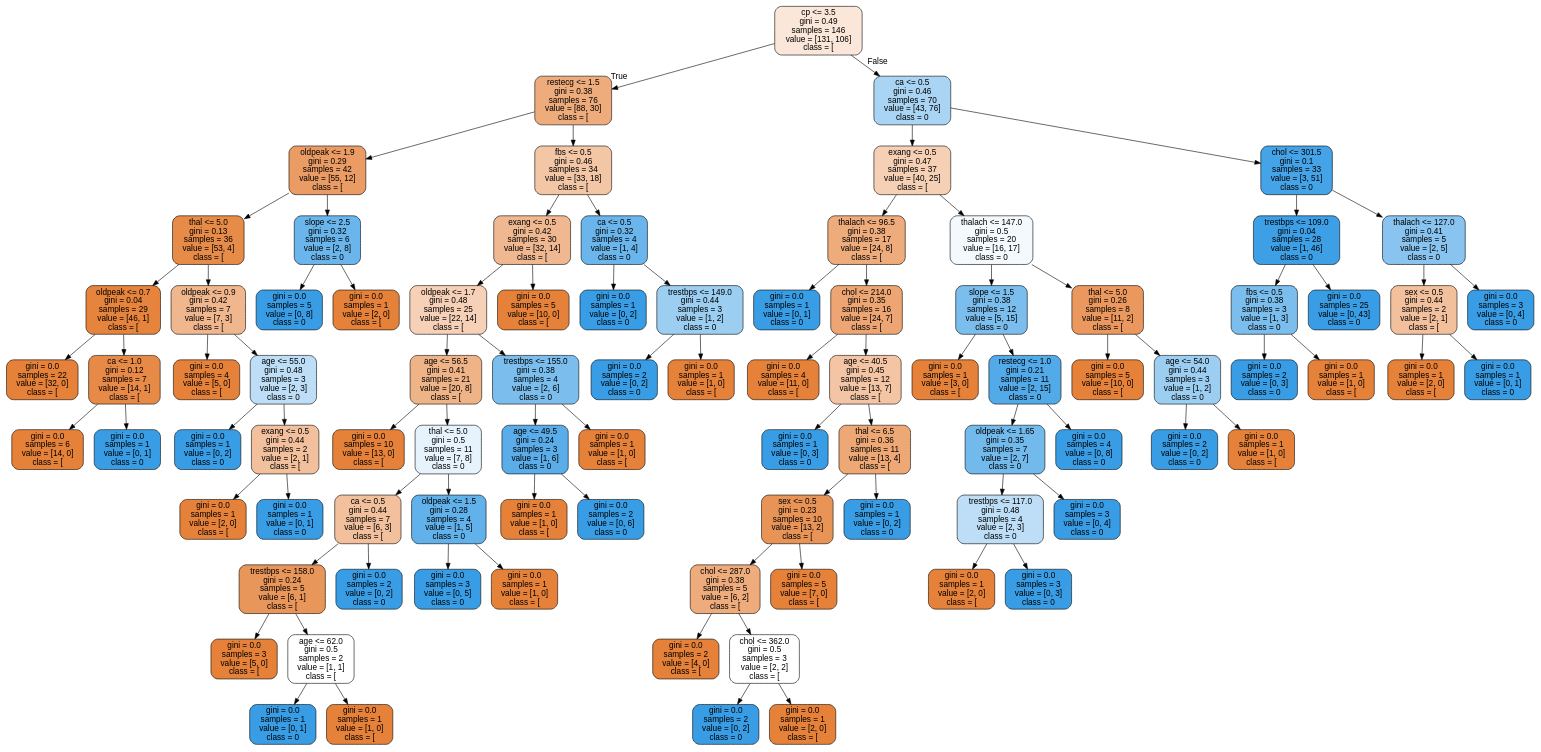
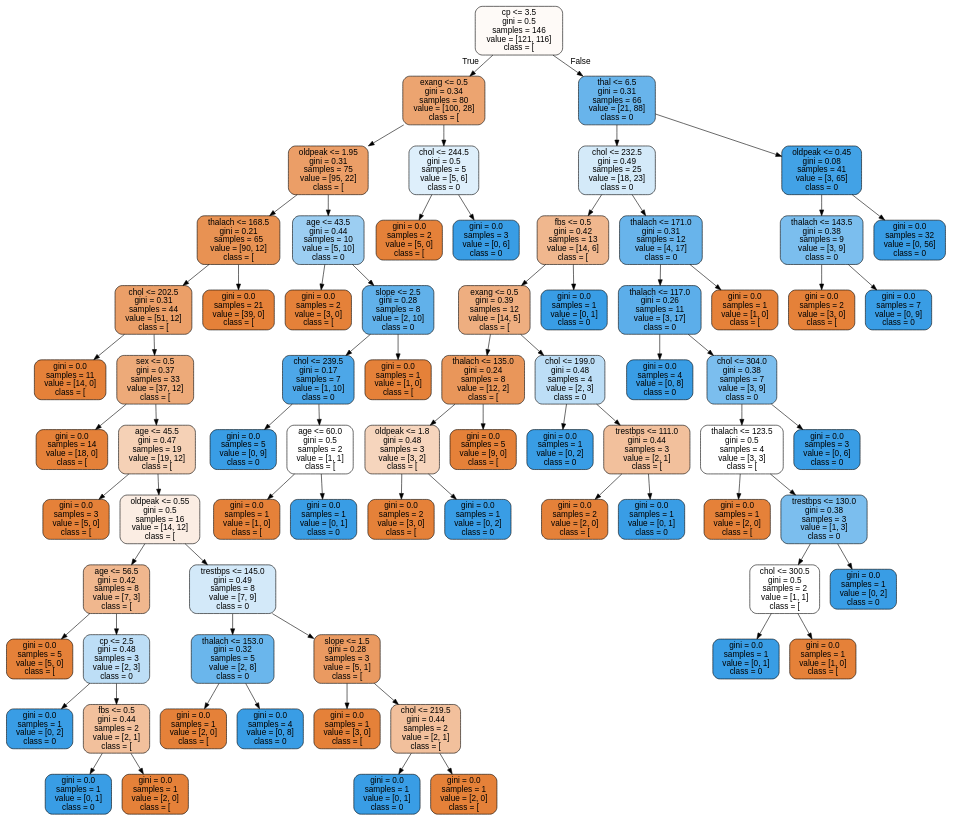
One commit to yunweiliang/cse163-final-project changed the diagram in tree.dot. Above: the diagram before and after it, drawn with Graphviz. The commit also changed 5 other files, not shown here.

```diff
--- a/tree.dot
+++ b/tree.dot
@@ -1,181 +1,149 @@
 digraph Tree {
 node [shape=box, style="filled, rounded", color="black", fontname=helvetica] ;
 edge [fontname=helvetica] ;
-0 [label="cp <= 3.5\ngini = 0.49\nsamples = 146\nvalue = [131, 106]\nclass = [", fillcolor="#fae7d9"] ;
-1 [label="restecg <= 1.5\ngini = 0.38\nsamples = 76\nvalue = [88, 30]\nclass = [", fillcolor="#eeac7c"] ;
+0 [label="cp <= 3.5\ngini = 0.5\nsamples = 146\nvalue = [121, 116]\nclass = [", fillcolor="#fefaf7"] ;
+1 [label="exang <= 0.5\ngini = 0.34\nsamples = 80\nvalue = [100, 28]\nclass = [", fillcolor="#eca470"] ;
 0 -> 1 [labeldistance=2.5, labelangle=45, headlabel="True"] ;
-2 [label="oldpeak <= 1.9\ngini = 0.29\nsamples = 42\nvalue = [55, 12]\nclass = [", fillcolor="#eb9c64"] ;
+2 [label="oldpeak <= 1.95\ngini = 0.31\nsamples = 75\nvalue = [95, 22]\nclass = [", fillcolor="#eb9e67"] ;
 1 -> 2 ;
-3 [label="thal <= 5.0\ngini = 0.13\nsamples = 36\nvalue = [53, 4]\nclass = [", fillcolor="#e78b48"] ;
+3 [label="thalach <= 168.5\ngini = 0.21\nsamples = 65\nvalue = [90, 12]\nclass = [", fillcolor="#e89253"] ;
 2 -> 3 ;
-4 [label="oldpeak <= 0.7\ngini = 0.04\nsamples = 29\nvalue = [46, 1]\nclass = [", fillcolor="#e6843d"] ;
+4 [label="chol <= 202.5\ngini = 0.31\nsamples = 44\nvalue = [51, 12]\nclass = [", fillcolor="#eb9f68"] ;
 3 -> 4 ;
-5 [label="gini = 0.0\nsamples = 22\nvalue = [32, 0]\nclass = [", fillcolor="#e58139"] ;
+5 [label="gini = 0.0\nsamples = 11\nvalue = [14, 0]\nclass = [", fillcolor="#e58139"] ;
 4 -> 5 ;
-6 [label="ca <= 1.0\ngini = 0.12\nsamples = 7\nvalue = [14, 1]\nclass = [", fillcolor="#e78a47"] ;
+6 [label="sex <= 0.5\ngini = 0.37\nsamples = 33\nvalue = [37, 12]\nclass = [", fillcolor="#edaa79"] ;
 4 -> 6 ;
-7 [label="gini = 0.0\nsamples = 6\nvalue = [14, 0]\nclass = [", fillcolor="#e58139"] ;
+7 [label="gini = 0.0\nsamples = 14\nvalue = [18, 0]\nclass = [", fillcolor="#e58139"] ;
 6 -> 7 ;
-8 [label="gini = 0.0\nsamples = 1\nvalue = [0, 1]\nclass = 0", fillcolor="#399de5"] ;
+8 [label="age <= 45.5\ngini = 0.47\nsamples = 19\nvalue = [19, 12]\nclass = [", fillcolor="#f5d1b6"] ;
 6 -> 8 ;
-9 [label="oldpeak <= 0.9\ngini = 0.42\nsamples = 7\nvalue = [7, 3]\nclass = [", fillcolor="#f0b78e"] ;
-3 -> 9 ;
-10 [label="gini = 0.0\nsamples = 4\nvalue = [5, 0]\nclass = [", fillcolor="#e58139"] ;
-9 -> 10 ;
-11 [label="age <= 55.0\ngini = 0.48\nsamples = 3\nvalue = [2, 3]\nclass = 0", fillcolor="#bddef6"] ;
-9 -> 11 ;
-12 [label="gini = 0.0\nsamples = 1\nvalue = [0, 2]\nclass = 0", fillcolor="#399de5"] ;
+9 [label="gini = 0.0\nsamples = 3\nvalue = [5, 0]\nclass = [", fillcolor="#e58139"] ;
+8 -> 9 ;
+10 [label="oldpeak <= 0.55\ngini = 0.5\nsamples = 16\nvalue = [14, 12]\nclass = [", fillcolor="#fbede3"] ;
+8 -> 10 ;
+11 [label="age <= 56.5\ngini = 0.42\nsamples = 8\nvalue = [7, 3]\nclass = [", fillcolor="#f0b78e"] ;
+10 -> 11 ;
+12 [label="gini = 0.0\nsamples = 5\nvalue = [5, 0]\nclass = [", fillcolor="#e58139"] ;
 11 -> 12 ;
-13 [label="exang <= 0.5\ngini = 0.44\nsamples = 2\nvalue = [2, 1]\nclass = [", fillcolor="#f2c09c"] ;
+13 [label="cp <= 2.5\ngini = 0.48\nsamples = 3\nvalue = [2, 3]\nclass = 0", fillcolor="#bddef6"] ;
 11 -> 13 ;
-14 [label="gini = 0.0\nsamples = 1\nvalue = [2, 0]\nclass = [", fillcolor="#e58139"] ;
+14 [label="gini = 0.0\nsamples = 1\nvalue = [0, 2]\nclass = 0", fillcolor="#399de5"] ;
 13 -> 14 ;
-15 [label="gini = 0.0\nsamples = 1\nvalue = [0, 1]\nclass = 0", fillcolor="#399de5"] ;
+15 [label="fbs <= 0.5\ngini = 0.44\nsamples = 2\nvalue = [2, 1]\nclass = [", fillcolor="#f2c09c"] ;
 13 -> 15 ;
-16 [label="slope <= 2.5\ngini = 0.32\nsamples = 6\nvalue = [2, 8]\nclass = 0", fillcolor="#6ab6ec"] ;
-2 -> 16 ;
-17 [label="gini = 0.0\nsamples = 5\nvalue = [0, 8]\nclass = 0", fillcolor="#399de5"] ;
-16 -> 17 ;
-18 [label="gini = 0.0\nsamples = 1\nvalue = [2, 0]\nclass = [", fillcolor="#e58139"] ;
-16 -> 18 ;
-19 [label="fbs <= 0.5\ngini = 0.46\nsamples = 34\nvalue = [33, 18]\nclass = [", fillcolor="#f3c6a5"] ;
-1 -> 19 ;
-20 [label="exang <= 0.5\ngini = 0.42\nsamples = 30\nvalue = [32, 14]\nclass = [", fillcolor="#f0b890"] ;
+16 [label="gini = 0.0\nsamples = 1\nvalue = [0, 1]\nclass = 0", fillcolor="#399de5"] ;
+15 -> 16 ;
+17 [label="gini = 0.0\nsamples = 1\nvalue = [2, 0]\nclass = [", fillcolor="#e58139"] ;
+15 -> 17 ;
+18 [label="trestbps <= 145.0\ngini = 0.49\nsamples = 8\nvalue = [7, 9]\nclass = 0", fillcolor="#d3e9f9"] ;
+10 -> 18 ;
+19 [label="thalach <= 153.0\ngini = 0.32\nsamples = 5\nvalue = [2, 8]\nclass = 0", fillcolor="#6ab6ec"] ;
+18 -> 19 ;
+20 [label="gini = 0.0\nsamples = 1\nvalue = [2, 0]\nclass = [", fillcolor="#e58139"] ;
 19 -> 20 ;
-21 [label="oldpeak <= 1.7\ngini = 0.48\nsamples = 25\nvalue = [22, 14]\nclass = [", fillcolor="#f6d1b7"] ;
-20 -> 21 ;
-22 [label="age <= 56.5\ngini = 0.41\nsamples = 21\nvalue = [20, 8]\nclass = [", fillcolor="#efb388"] ;
-21 -> 22 ;
-23 [label="gini = 0.0\nsamples = 10\nvalue = [13, 0]\nclass = [", fillcolor="#e58139"] ;
+21 [label="gini = 0.0\nsamples = 4\nvalue = [0, 8]\nclass = 0", fillcolor="#399de5"] ;
+19 -> 21 ;
+22 [label="slope <= 1.5\ngini = 0.28\nsamples = 3\nvalue = [5, 1]\nclass = [", fillcolor="#ea9a61"] ;
+18 -> 22 ;
+23 [label="gini = 0.0\nsamples = 1\nvalue = [3, 0]\nclass = [", fillcolor="#e58139"] ;
 22 -> 23 ;
-24 [label="thal <= 5.0\ngini = 0.5\nsamples = 11\nvalue = [7, 8]\nclass = 0", fillcolor="#e6f3fc"] ;
+24 [label="chol <= 219.5\ngini = 0.44\nsamples = 2\nvalue = [2, 1]\nclass = [", fillcolor="#f2c09c"] ;
 22 -> 24 ;
-25 [label="ca <= 0.5\ngini = 0.44\nsamples = 7\nvalue = [6, 3]\nclass = [", fillcolor="#f2c09c"] ;
+25 [label="gini = 0.0\nsamples = 1\nvalue = [0, 1]\nclass = 0", fillcolor="#399de5"] ;
 24 -> 25 ;
-26 [label="trestbps <= 158.0\ngini = 0.24\nsamples = 5\nvalue = [6, 1]\nclass = [", fillcolor="#e9965a"] ;
-25 -> 26 ;
-27 [label="gini = 0.0\nsamples = 3\nvalue = [5, 0]\nclass = [", fillcolor="#e58139"] ;
-26 -> 27 ;
-28 [label="age <= 62.0\ngini = 0.5\nsamples = 2\nvalue = [1, 1]\nclass = [", fillcolor="#ffffff"] ;
-26 -> 28 ;
-29 [label="gini = 0.0\nsamples = 1\nvalue = [0, 1]\nclass = 0", fillcolor="#399de5"] ;
+26 [label="gini = 0.0\nsamples = 1\nvalue = [2, 0]\nclass = [", fillcolor="#e58139"] ;
+24 -> 26 ;
+27 [label="gini = 0.0\nsamples = 21\nvalue = [39, 0]\nclass = [", fillcolor="#e58139"] ;
+3 -> 27 ;
+28 [label="age <= 43.5\ngini = 0.44\nsamples = 10\nvalue = [5, 10]\nclass = 0", fillcolor="#9ccef2"] ;
+2 -> 28 ;
+29 [label="gini = 0.0\nsamples = 2\nvalue = [3, 0]\nclass = [", fillcolor="#e58139"] ;
 28 -> 29 ;
-30 [label="gini = 0.0\nsamples = 1\nvalue = [1, 0]\nclass = [", fillcolor="#e58139"] ;
+30 [label="slope <= 2.5\ngini = 0.28\nsamples = 8\nvalue = [2, 10]\nclass = 0", fillcolor="#61b1ea"] ;
 28 -> 30 ;
-31 [label="gini = 0.0\nsamples = 2\nvalue = [0, 2]\nclass = 0", fillcolor="#399de5"] ;
-25 -> 31 ;
-32 [label="oldpeak <= 1.5\ngini = 0.28\nsamples = 4\nvalue = [1, 5]\nclass = 0", fillcolor="#61b1ea"] ;
-24 -> 32 ;
-33 [label="gini = 0.0\nsamples = 3\nvalue = [0, 5]\nclass = 0", fillcolor="#399de5"] ;
-32 -> 33 ;
+31 [label="chol <= 239.5\ngini = 0.17\nsamples = 7\nvalue = [1, 10]\nclass = 0", fillcolor="#4da7e8"] ;
+30 -> 31 ;
+32 [label="gini = 0.0\nsamples = 5\nvalue = [0, 9]\nclass = 0", fillcolor="#399de5"] ;
+31 -> 32 ;
+33 [label="age <= 60.0\ngini = 0.5\nsamples = 2\nvalue = [1, 1]\nclass = [", fillcolor="#ffffff"] ;
+31 -> 33 ;
 34 [label="gini = 0.0\nsamples = 1\nvalue = [1, 0]\nclass = [", fillcolor="#e58139"] ;
-32 -> 34 ;
-35 [label="trestbps <= 155.0\ngini = 0.38\nsamples = 4\nvalue = [2, 6]\nclass = 0", fillcolor="#7bbeee"] ;
-21 -> 35 ;
-36 [label="age <= 49.5\ngini = 0.24\nsamples = 3\nvalue = [1, 6]\nclass = 0", fillcolor="#5aade9"] ;
-35 -> 36 ;
-37 [label="gini = 0.0\nsamples = 1\nvalue = [1, 0]\nclass = [", fillcolor="#e58139"] ;
-36 -> 37 ;
-38 [label="gini = 0.0\nsamples = 2\nvalue = [0, 6]\nclass = 0", fillcolor="#399de5"] ;
-36 -> 38 ;
-39 [label="gini = 0.0\nsamples = 1\nvalue = [1, 0]\nclass = [", fillcolor="#e58139"] ;
-35 -> 39 ;
-40 [label="gini = 0.0\nsamples = 5\nvalue = [10, 0]\nclass = [", fillcolor="#e58139"] ;
-20 -> 40 ;
-41 [label="ca <= 0.5\ngini = 0.32\nsamples = 4\nvalue = [1, 4]\nclass = 0", fillcolor="#6ab6ec"] ;
-19 -> 41 ;
-42 [label="gini = 0.0\nsamples = 1\nvalue = [0, 2]\nclass = 0", fillcolor="#399de5"] ;
+33 -> 34 ;
+35 [label="gini = 0.0\nsamples = 1\nvalue = [0, 1]\nclass = 0", fillcolor="#399de5"] ;
+33 -> 35 ;
+36 [label="gini = 0.0\nsamples = 1\nvalue = [1, 0]\nclass = [", fillcolor="#e58139"] ;
+30 -> 36 ;
+37 [label="chol <= 244.5\ngini = 0.5\nsamples = 5\nvalue = [5, 6]\nclass = 0", fillcolor="#deeffb"] ;
+1 -> 37 ;
+38 [label="gini = 0.0\nsamples = 2\nvalue = [5, 0]\nclass = [", fillcolor="#e58139"] ;
+37 -> 38 ;
+39 [label="gini = 0.0\nsamples = 3\nvalue = [0, 6]\nclass = 0", fillcolor="#399de5"] ;
+37 -> 39 ;
+40 [label="thal <= 6.5\ngini = 0.31\nsamples = 66\nvalue = [21, 88]\nclass = 0", fillcolor="#68b4eb"] ;
+0 -> 40 [labeldistance=2.5, labelangle=-45, headlabel="False"] ;
+41 [label="chol <= 232.5\ngini = 0.49\nsamples = 25\nvalue = [18, 23]\nclass = 0", fillcolor="#d4eaf9"] ;
+40 -> 41 ;
+42 [label="fbs <= 0.5\ngini = 0.42\nsamples = 13\nvalue = [14, 6]\nclass = [", fillcolor="#f0b78e"] ;
 41 -> 42 ;
-43 [label="trestbps <= 149.0\ngini = 0.44\nsamples = 3\nvalue = [1, 2]\nclass = 0", fillcolor="#9ccef2"] ;
-41 -> 43 ;
-44 [label="gini = 0.0\nsamples = 2\nvalue = [0, 2]\nclass = 0", fillcolor="#399de5"] ;
+43 [label="exang <= 0.5\ngini = 0.39\nsamples = 12\nvalue = [14, 5]\nclass = [", fillcolor="#eeae80"] ;
+42 -> 43 ;
+44 [label="thalach <= 135.0\ngini = 0.24\nsamples = 8\nvalue = [12, 2]\nclass = [", fillcolor="#e9965a"] ;
 43 -> 44 ;
-45 [label="gini = 0.0\nsamples = 1\nvalue = [1, 0]\nclass = [", fillcolor="#e58139"] ;
-43 -> 45 ;
-46 [label="ca <= 0.5\ngini = 0.46\nsamples = 70\nvalue = [43, 76]\nclass = 0", fillcolor="#a9d4f4"] ;
-0 -> 46 [labeldistance=2.5, labelangle=-45, headlabel="False"] ;
-47 [label="exang <= 0.5\ngini = 0.47\nsamples = 37\nvalue = [40, 25]\nclass = [", fillcolor="#f5d0b5"] ;
-46 -> 47 ;
-48 [label="thalach <= 96.5\ngini = 0.38\nsamples = 17\nvalue = [24, 8]\nclass = [", fillcolor="#eeab7b"] ;
-47 -> 48 ;
-49 [label="gini = 0.0\nsamples = 1\nvalue = [0, 1]\nclass = 0", fillcolor="#399de5"] ;
-48 -> 49 ;
-50 [label="chol <= 214.0\ngini = 0.35\nsamples = 16\nvalue = [24, 7]\nclass = [", fillcolor="#eda673"] ;
-48 -> 50 ;
-51 [label="gini = 0.0\nsamples = 4\nvalue = [11, 0]\nclass = [", fillcolor="#e58139"] ;
-50 -> 51 ;
-52 [label="age <= 40.5\ngini = 0.45\nsamples = 12\nvalue = [13, 7]\nclass = [", fillcolor="#f3c5a4"] ;
-50 -> 52 ;
-53 [label="gini = 0.0\nsamples = 1\nvalue = [0, 3]\nclass = 0", fillcolor="#399de5"] ;
-52 -> 53 ;
-54 [label="thal <= 6.5\ngini = 0.36\nsamples = 11\nvalue = [13, 4]\nclass = [", fillcolor="#eda876"] ;
-52 -> 54 ;
-55 [label="sex <= 0.5\ngini = 0.23\nsamples = 10\nvalue = [13, 2]\nclass = [", fillcolor="#e99457"] ;
-54 -> 55 ;
-56 [label="chol <= 287.0\ngini = 0.38\nsamples = 5\nvalue = [6, 2]\nclass = [", fillcolor="#eeab7b"] ;
+45 [label="oldpeak <= 1.8\ngini = 0.48\nsamples = 3\nvalue = [3, 2]\nclass = [", fillcolor="#f6d5bd"] ;
+44 -> 45 ;
+46 [label="gini = 0.0\nsamples = 2\nvalue = [3, 0]\nclass = [", fillcolor="#e58139"] ;
+45 -> 46 ;
+47 [label="gini = 0.0\nsamples = 1\nvalue = [0, 2]\nclass = 0", fillcolor="#399de5"] ;
+45 -> 47 ;
+48 [label="gini = 0.0\nsamples = 5\nvalue = [9, 0]\nclass = [", fillcolor="#e58139"] ;
+44 -> 48 ;
+49 [label="chol <= 199.0\ngini = 0.48\nsamples = 4\nvalue = [2, 3]\nclass = 0", fillcolor="#bddef6"] ;
+43 -> 49 ;
+50 [label="gini = 0.0\nsamples = 1\nvalue = [0, 2]\nclass = 0", fillcolor="#399de5"] ;
+49 -> 50 ;
+51 [label="trestbps <= 111.0\ngini = 0.44\nsamples = 3\nvalue = [2, 1]\nclass = [", fillcolor="#f2c09c"] ;
+49 -> 51 ;
+52 [label="gini = 0.0\nsamples = 2\nvalue = [2, 0]\nclass = [", fillcolor="#e58139"] ;
+51 -> 52 ;
+53 [label="gini = 0.0\nsamples = 1\nvalue = [0, 1]\nclass = 0", fillcolor="#399de5"] ;
+51 -> 53 ;
+54 [label="gini = 0.0\nsamples = 1\nvalue = [0, 1]\nclass = 0", fillcolor="#399de5"] ;
+42 -> 54 ;
+55 [label="thalach <= 171.0\ngini = 0.31\nsamples = 12\nvalue = [4, 17]\nclass = 0", fillcolor="#68b4eb"] ;
+41 -> 55 ;
+56 [label="thalach <= 117.0\ngini = 0.26\nsamples = 11\nvalue = [3, 17]\nclass = 0", fillcolor="#5caeea"] ;
 55 -> 56 ;
-57 [label="gini = 0.0\nsamples = 2\nvalue = [4, 0]\nclass = [", fillcolor="#e58139"] ;
+57 [label="gini = 0.0\nsamples = 4\nvalue = [0, 8]\nclass = 0", fillcolor="#399de5"] ;
 56 -> 57 ;
-58 [label="chol <= 362.0\ngini = 0.5\nsamples = 3\nvalue = [2, 2]\nclass = [", fillcolor="#ffffff"] ;
+58 [label="chol <= 304.0\ngini = 0.38\nsamples = 7\nvalue = [3, 9]\nclass = 0", fillcolor="#7bbeee"] ;
 56 -> 58 ;
-59 [label="gini = 0.0\nsamples = 2\nvalue = [0, 2]\nclass = 0", fillcolor="#399de5"] ;
+59 [label="thalach <= 123.5\ngini = 0.5\nsamples = 4\nvalue = [3, 3]\nclass = [", fillcolor="#ffffff"] ;
 58 -> 59 ;
 60 [label="gini = 0.0\nsamples = 1\nvalue = [2, 0]\nclass = [", fillcolor="#e58139"] ;
-58 -> 60 ;
-61 [label="gini = 0.0\nsamples = 5\nvalue = [7, 0]\nclass = [", fillcolor="#e58139"] ;
-55 -> 61 ;
-62 [label="gini = 0.0\nsamples = 1\nvalue = [0, 2]\nclass = 0", fillcolor="#399de5"] ;
-54 -> 62 ;
-63 [label="thalach <= 147.0\ngini = 0.5\nsamples = 20\nvalue = [16, 17]\nclass = 0", fillcolor="#f3f9fd"] ;
-47 -> 63 ;
-64 [label="slope <= 1.5\ngini = 0.38\nsamples = 12\nvalue = [5, 15]\nclass = 0", fillcolor="#7bbeee"] ;
-63 -> 64 ;
-65 [label="gini = 0.0\nsamples = 1\nvalue = [3, 0]\nclass = [", fillcolor="#e58139"] ;
-64 -> 65 ;
-66 [label="restecg <= 1.0\ngini = 0.21\nsamples = 11\nvalue = [2, 15]\nclass = 0", fillcolor="#53aae8"] ;
-64 -> 66 ;
-67 [label="oldpeak <= 1.65\ngini = 0.35\nsamples = 7\nvalue = [2, 7]\nclass = 0", fillcolor="#72b9ec"] ;
-66 -> 67 ;
-68 [label="trestbps <= 117.0\ngini = 0.48\nsamples = 4\nvalue = [2, 3]\nclass = 0", fillcolor="#bddef6"] ;
-67 -> 68 ;
-69 [label="gini = 0.0\nsamples = 1\nvalue = [2, 0]\nclass = [", fillcolor="#e58139"] ;
+59 -> 60 ;
+61 [label="trestbps <= 130.0\ngini = 0.38\nsamples = 3\nvalue = [1, 3]\nclass = 0", fillcolor="#7bbeee"] ;
+59 -> 61 ;
+62 [label="chol <= 300.5\ngini = 0.5\nsamples = 2\nvalue = [1, 1]\nclass = [", fillcolor="#ffffff"] ;
+61 -> 62 ;
+63 [label="gini = 0.0\nsamples = 1\nvalue = [0, 1]\nclass = 0", fillcolor="#399de5"] ;
+62 -> 63 ;
+64 [label="gini = 0.0\nsamples = 1\nvalue = [1, 0]\nclass = [", fillcolor="#e58139"] ;
+62 -> 64 ;
+65 [label="gini = 0.0\nsamples = 1\nvalue = [0, 2]\nclass = 0", fillcolor="#399de5"] ;
+61 -> 65 ;
+66 [label="gini = 0.0\nsamples = 3\nvalue = [0, 6]\nclass = 0", fillcolor="#399de5"] ;
+58 -> 66 ;
+67 [label="gini = 0.0\nsamples = 1\nvalue = [1, 0]\nclass = [", fillcolor="#e58139"] ;
+55 -> 67 ;
+68 [label="oldpeak <= 0.45\ngini = 0.08\nsamples = 41\nvalue = [3, 65]\nclass = 0", fillcolor="#42a2e6"] ;
+40 -> 68 ;
+69 [label="thalach <= 143.5\ngini = 0.38\nsamples = 9\nvalue = [3, 9]\nclass = 0", fillcolor="#7bbeee"] ;
 68 -> 69 ;
-70 [label="gini = 0.0\nsamples = 3\nvalue = [0, 3]\nclass = 0", fillcolor="#399de5"] ;
-68 -> 70 ;
-71 [label="gini = 0.0\nsamples = 3\nvalue = [0, 4]\nclass = 0", fillcolor="#399de5"] ;
-67 -> 71 ;
-72 [label="gini = 0.0\nsamples = 4\nvalue = [0, 8]\nclass = 0", fillcolor="#399de5"] ;
-66 -> 72 ;
-73 [label="thal <= 5.0\ngini = 0.26\nsamples = 8\nvalue = [11, 2]\nclass = [", fillcolor="#ea985d"] ;
-63 -> 73 ;
-74 [label="gini = 0.0\nsamples = 5\nvalue = [10, 0]\nclass = [", fillcolor="#e58139"] ;
-73 -> 74 ;
-75 [label="age <= 54.0\ngini = 0.44\nsamples = 3\nvalue = [1, 2]\nclass = 0", fillcolor="#9ccef2"] ;
-73 -> 75 ;
-76 [label="gini = 0.0\nsamples = 2\nvalue = [0, 2]\nclass = 0", fillcolor="#399de5"] ;
-75 -> 76 ;
-77 [label="gini = 0.0\nsamples = 1\nvalue = [1, 0]\nclass = [", fillcolor="#e58139"] ;
-75 -> 77 ;
-78 [label="chol <= 301.5\ngini = 0.1\nsamples = 33\nvalue = [3, 51]\nclass = 0", fillcolor="#45a3e7"] ;
-46 -> 78 ;
-79 [label="trestbps <= 109.0\ngini = 0.04\nsamples = 28\nvalue = [1, 46]\nclass = 0", fillcolor="#3d9fe6"] ;
-78 -> 79 ;
-80 [label="fbs <= 0.5\ngini = 0.38\nsamples = 3\nvalue = [1, 3]\nclass = 0", fillcolor="#7bbeee"] ;
-79 -> 80 ;
-81 [label="gini = 0.0\nsamples = 2\nvalue = [0, 3]\nclass = 0", fillcolor="#399de5"] ;
-80 -> 81 ;
-82 [label="gini = 0.0\nsamples = 1\nvalue = [1, 0]\nclass = [", fillcolor="#e58139"] ;
-80 -> 82 ;
-83 [label="gini = 0.0\nsamples = 25\nvalue = [0, 43]\nclass = 0", fillcolor="#399de5"] ;
-79 -> 83 ;
-84 [label="thalach <= 127.0\ngini = 0.41\nsamples = 5\nvalue = [2, 5]\nclass = 0", fillcolor="#88c4ef"] ;
-78 -> 84 ;
-85 [label="sex <= 0.5\ngini = 0.44\nsamples = 2\nvalue = [2, 1]\nclass = [", fillcolor="#f2c09c"] ;
-84 -> 85 ;
-86 [label="gini = 0.0\nsamples = 1\nvalue = [2, 0]\nclass = [", fillcolor="#e58139"] ;
-85 -> 86 ;
-87 [label="gini = 0.0\nsamples = 1\nvalue = [0, 1]\nclass = 0", fillcolor="#399de5"] ;
-85 -> 87 ;
-88 [label="gini = 0.0\nsamples = 3\nvalue = [0, 4]\nclass = 0", fillcolor="#399de5"] ;
-84 -> 88 ;
+70 [label="gini = 0.0\nsamples = 2\nvalue = [3, 0]\nclass = [", fillcolor="#e58139"] ;
+69 -> 70 ;
+71 [label="gini = 0.0\nsamples = 7\nvalue = [0, 9]\nclass = 0", fillcolor="#399de5"] ;
+69 -> 71 ;
+72 [label="gini = 0.0\nsamples = 32\nvalue = [0, 56]\nclass = 0", fillcolor="#399de5"] ;
+68 -> 72 ;
 }
```
